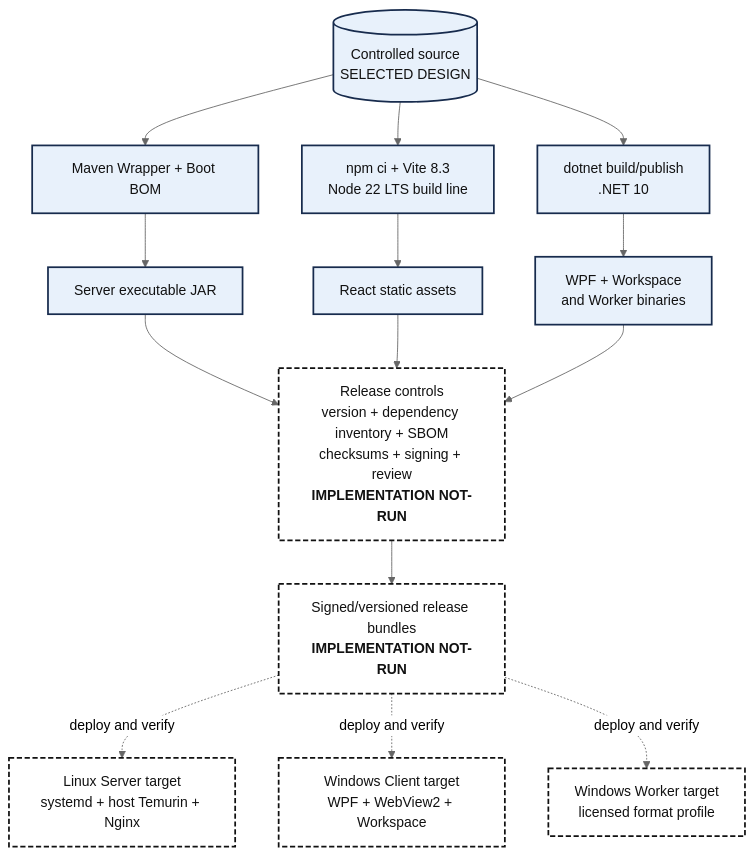
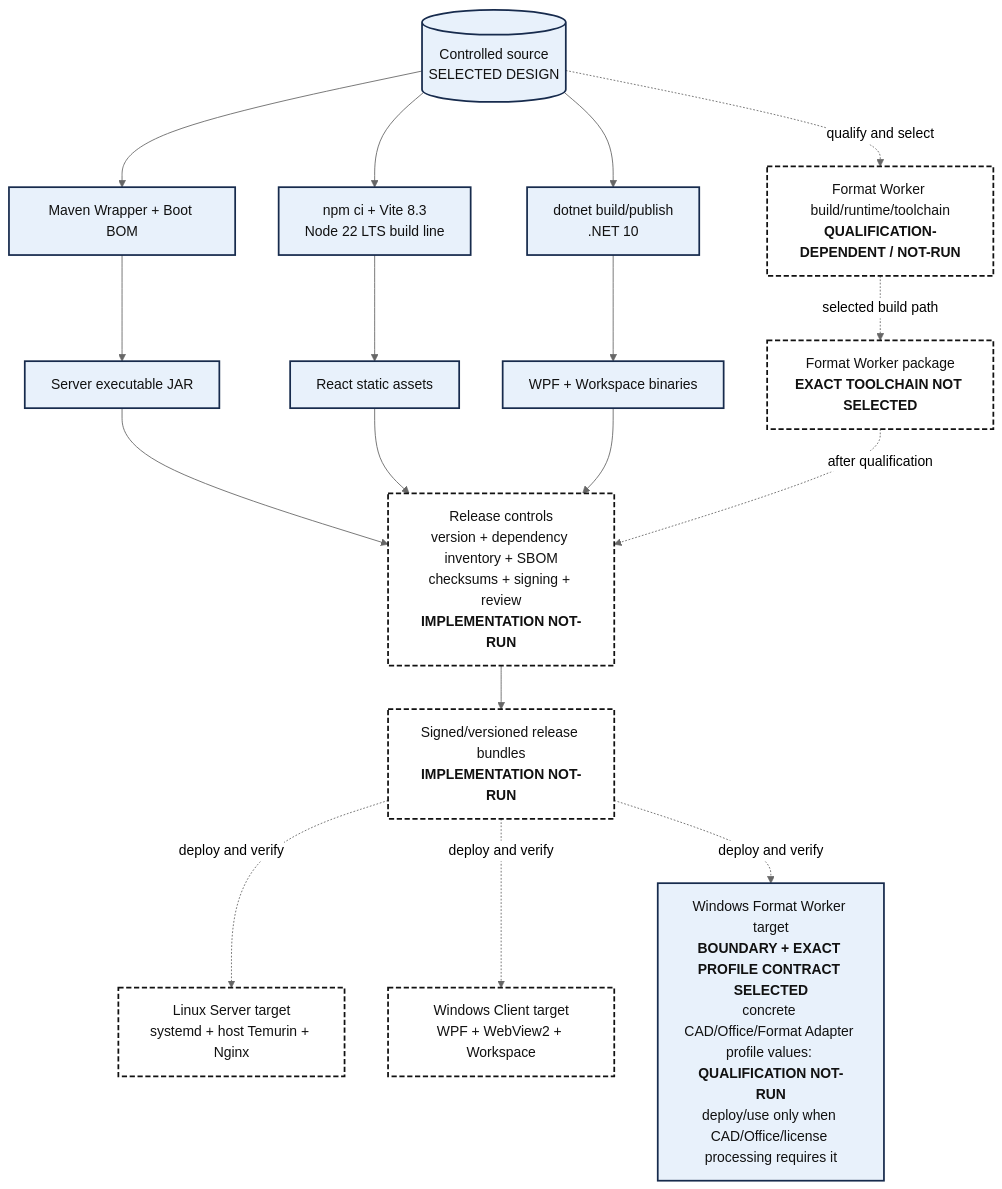
Before and after one commit to devphuclam/IDEAEngineering: the seventh of 8 diagrams in docs/product/instances/idea-engineering/technology/IDEA-core-v0-technology-architecture-views.md, drawn with Mermaid (neutral theme). The commit also changed other lines of this file and 23 other files, not shown here.

````diff
--- a/docs/product/instances/idea-engineering/technology/IDEA-core-v0-technology-architecture-views.md
+++ b/docs/product/instances/idea-engineering/technology/IDEA-core-v0-technology-architecture-views.md
@@ -386,34 +387,39 @@
 ```mermaid
 flowchart TB
     accTitle: Selected design for Core v0 build packaging and deployment pipeline
-    accDescr: Controlled source feeds Maven Wrapper for the Server JAR, npm and Vite for React assets, and dotnet for WPF Workspace and Worker binaries. Outputs pass through versioning dependency inventory SBOM checksums signing and release review before a release bundle is assembled. The bundle deploys separately to Linux Server Windows Client and Windows Worker targets. Every stage is selected design with implementation not run.
+    accDescr: Controlled source feeds Maven Wrapper for the Server JAR, npm and Vite for React assets, and dotnet for WPF and Workspace binaries. The separate Format Worker boundary and the exact CAD Office Format Adapter profile contract are selected. Concrete profile values plus the Worker build runtime and toolchain remain qualification-dependent and not run. Outputs pass through release controls before separate Linux Server Windows Client and conditionally deployed Windows Worker targets. The diagram does not select a Worker implementation toolchain.
 
     Source[(Controlled source<br/>SELECTED DESIGN)]
     Maven[Maven Wrapper + Boot BOM]
     Npm[npm ci + Vite 8.3<br/>Node 22 LTS build line]
     Dotnet[dotnet build/publish<br/>.NET 10]
+    WorkerToolchain[Format Worker build/runtime/toolchain<br/><b>QUALIFICATION-DEPENDENT / NOT-RUN</b>]
 
     Jar[Server executable JAR]
     Web[React static assets]
-    Windows[WPF + Workspace<br/>and Worker binaries]
+    Windows[WPF + Workspace binaries]
+    WorkerPackage[Format Worker package<br/><b>EXACT TOOLCHAIN NOT SELECTED</b>]
 
     Controls[Release controls<br/>version + dependency inventory + SBOM<br/>checksums + signing + review<br/><b>IMPLEMENTATION NOT-RUN</b>]
     Package[Signed/versioned release bundles<br/><b>IMPLEMENTATION NOT-RUN</b>]
 
     Linux[Linux Server target<br/>systemd + host Temurin + Nginx]
     Client[Windows Client target<br/>WPF + WebView2 + Workspace]
-    Worker[Windows Worker target<br/>licensed format profile]
+    Worker[Windows Format Worker target<br/><b>BOUNDARY + EXACT PROFILE CONTRACT SELECTED</b><br/>concrete CAD/Office/Format Adapter profile values: <b>QUALIFICATION NOT-RUN</b><br/>deploy/use only when CAD/Office/license processing requires it]
 
     Source --> Maven --> Jar --> Controls
     Source --> Npm --> Web --> Controls
     Source --> Dotnet --> Windows --> Controls
+    Source -. qualify and select .-> WorkerToolchain
+    WorkerToolchain -. selected build path .-> WorkerPackage
+    WorkerPackage -. after qualification .-> Controls
     Controls --> Package
     Package -. deploy and verify .-> Linux
     Package -. deploy and verify .-> Client
     Package -. deploy and verify .-> Worker
 
     classDef design fill:#e8f1fb,stroke:#172b4d,stroke-width:2px,color:#111;
     classDef notrun fill:#fff,stroke:#111,stroke-width:2px,stroke-dasharray:6 3,color:#111;
-    class Source,Maven,Npm,Dotnet,Jar,Web,Windows design;
-    class Controls,Package,Linux,Client,Worker notrun;
+    class Source,Maven,Npm,Dotnet,Jar,Web,Windows,Worker design;
+    class WorkerToolchain,WorkerPackage,Controls,Package,Linux,Client notrun;
 ```
````
